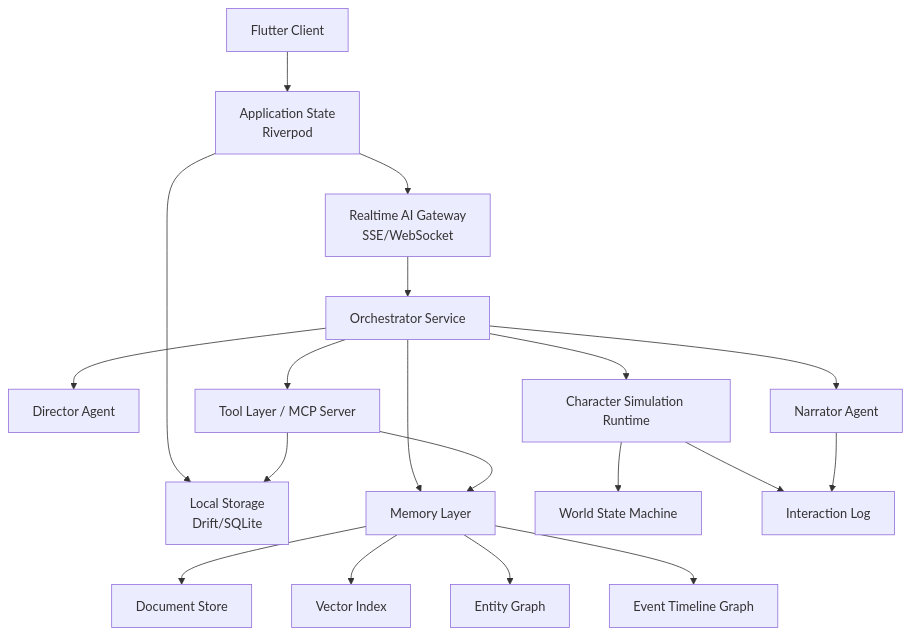
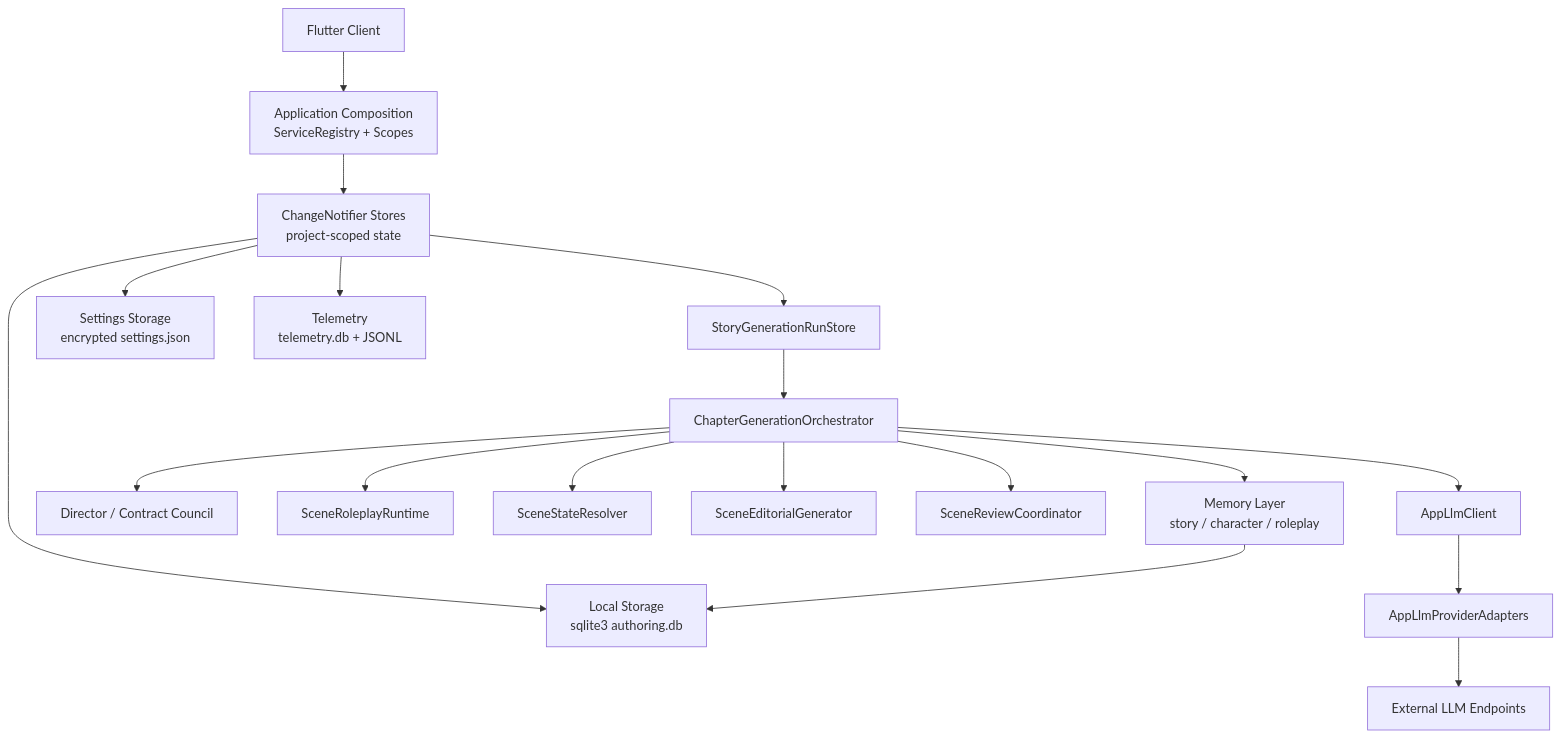
Before and after one commit to changw98ic/n0vel: the first of 2 diagrams in docs/novel-writing-system-design.md, drawn with Mermaid. The commit also changed other lines of this file and 17 other files, not shown here.

Commit message:
Update MVP docs for current app service architecture

````diff
--- a/docs/novel-writing-system-design.md
+++ b/docs/novel-writing-system-design.md
@@ -38,21 +38,20 @@
 ```mermaid
 flowchart TD
-    A["Flutter Client"] --> B["Application State<br/>Riverpod"]
-    B --> C["Local Storage<br/>Drift/SQLite"]
-    B --> D["Realtime AI Gateway<br/>SSE/WebSocket"]
-    D --> E["Orchestrator Service"]
-    E --> F["Director Agent"]
-    E --> G["Character Simulation Runtime"]
-    E --> H["Narrator Agent"]
-    E --> I["Tool Layer / MCP Server"]
-    E --> J["Memory Layer"]
-    G --> K["World State Machine"]
-    G --> L["Interaction Log"]
-    H --> L
-    J --> M["Document Store"]
-    J --> N["Vector Index"]
-    J --> O["Entity Graph"]
-    J --> P["Event Timeline Graph"]
-    I --> C
-    I --> J
+    A["Flutter Client"] --> B["Application Composition<br/>ServiceRegistry + Scopes"]
+    B --> C["ChangeNotifier Stores<br/>project-scoped state"]
+    C --> D["Local Storage<br/>sqlite3 authoring.db"]
+    C --> E["Settings Storage<br/>encrypted settings.json"]
+    C --> F["Telemetry<br/>telemetry.db + JSONL"]
+    C --> G["StoryGenerationRunStore"]
+    G --> H["ChapterGenerationOrchestrator"]
+    H --> I["Director / Contract Council"]
+    H --> J["SceneRoleplayRuntime"]
+    H --> K["SceneStateResolver"]
+    H --> L["SceneEditorialGenerator"]
+    H --> M["SceneReviewCoordinator"]
+    H --> N["Memory Layer<br/>story / character / roleplay"]
+    H --> O["AppLlmClient"]
+    O --> P["AppLlmProviderAdapters"]
+    P --> Q["External LLM Endpoints"]
+    N --> D
 ```
````
